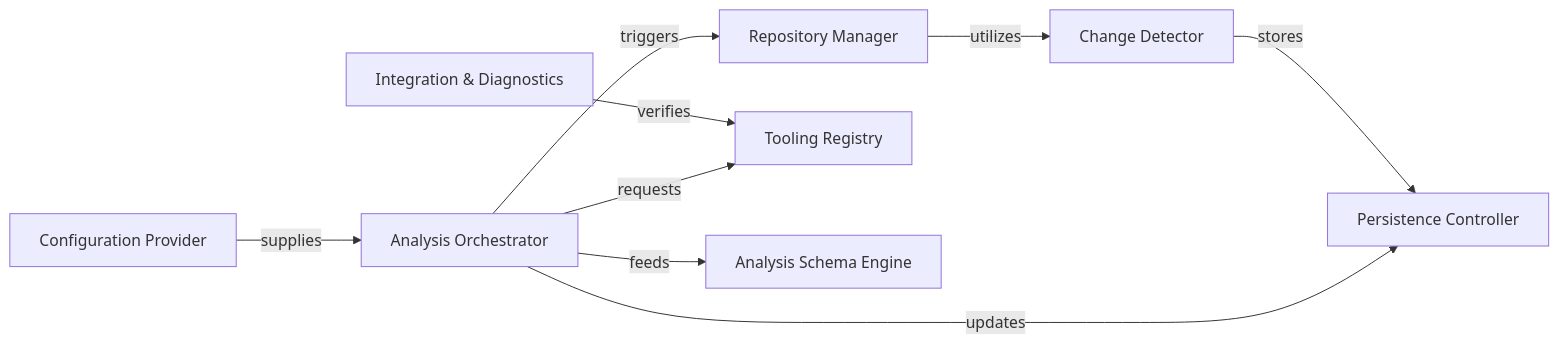
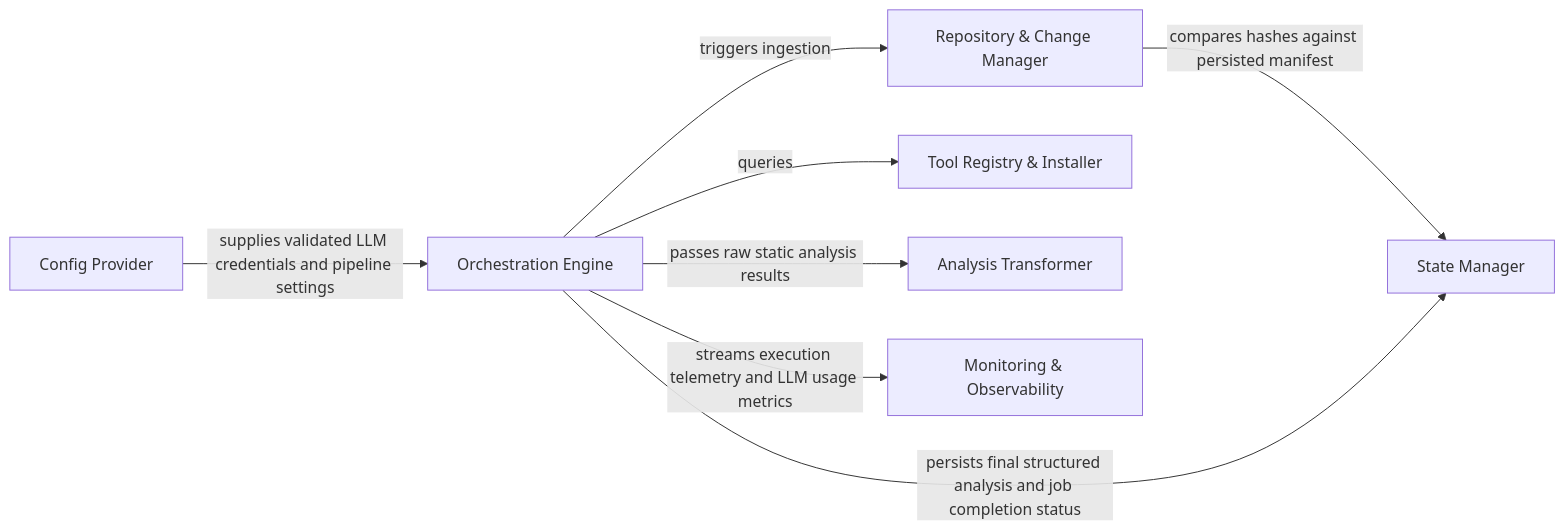
The diagram in .codeboarding/Application_Orchestrator_Repository_Manager.md (CodeBoarding/CodeBoarding), drawn with Mermaid before and after one commit. The commit also changed other lines of this file and 9 other files, not shown here.

````diff
--- a/.codeboarding/Application_Orchestrator_Repository_Manager.md
+++ b/.codeboarding/Application_Orchestrator_Repository_Manager.md
@@ -1,19 +1,17 @@
 ```mermaid
 graph LR
-    Analysis_Orchestrator["Analysis Orchestrator"]
-    Repository_Manager["Repository Manager"]
-    Change_Detector["Change Detector"]
-    Tooling_Registry["Tooling Registry"]
-    Analysis_Schema_Engine["Analysis Schema Engine"]
-    Persistence_Controller["Persistence Controller"]
-    Configuration_Provider["Configuration Provider"]
-    Integration_Diagnostics["Integration & Diagnostics"]
-    Analysis_Orchestrator -- "triggers" --> Repository_Manager
-    Repository_Manager -- "utilizes" --> Change_Detector
-    Analysis_Orchestrator -- "requests" --> Tooling_Registry
-    Integration_Diagnostics -- "verifies" --> Tooling_Registry
-    Analysis_Orchestrator -- "feeds" --> Analysis_Schema_Engine
-    Analysis_Orchestrator -- "updates" --> Persistence_Controller
-    Configuration_Provider -- "supplies" --> Analysis_Orchestrator
-    Change_Detector -- "stores" --> Persistence_Controller
+    Orchestration_Engine["Orchestration Engine"]
+    Repository_Change_Manager["Repository & Change Manager"]
+    Tool_Registry_Installer["Tool Registry & Installer"]
+    Analysis_Transformer["Analysis Transformer"]
+    State_Manager["State Manager"]
+    Config_Provider["Config Provider"]
+    Monitoring_Observability["Monitoring & Observability"]
+    Orchestration_Engine -- "queries" --> Tool_Registry_Installer
+    Orchestration_Engine -- "triggers ingestion" --> Repository_Change_Manager
+    Repository_Change_Manager -- "compares hashes against persisted manifest" --> State_Manager
+    Orchestration_Engine -- "passes raw static analysis results" --> Analysis_Transformer
+    Orchestration_Engine -- "persists final structured analysis and job completion status" --> State_Manager
+    Config_Provider -- "supplies validated LLM credentials and pipeline settings" --> Orchestration_Engine
+    Orchestration_Engine -- "streams execution telemetry and LLM usage metrics" --> Monitoring_Observability
 ```
````
